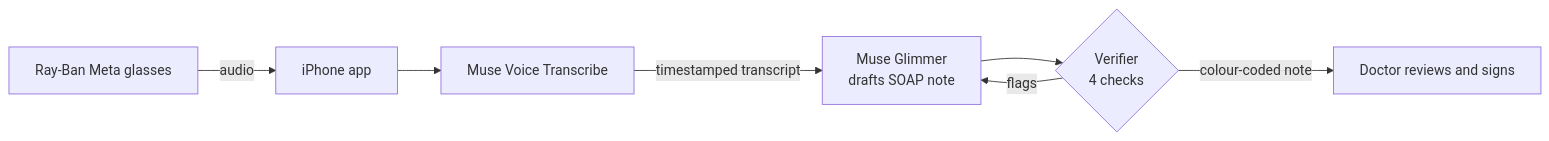
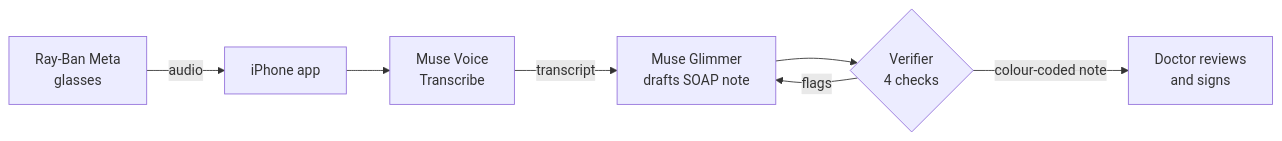
Before and after one commit to dantermz/kora-scribe: the diagram in README.md, drawn with Mermaid. The commit also changed other lines of this file and 2 other files, not shown here.

Commit message:
Add SOAP drafting and four-check verifier; flag doubtful terms with a fixed watchlist

````diff
--- a/README.md
+++ b/README.md
@@ -33,9 +33,9 @@
 ```mermaid
 flowchart LR
-    A[Ray-Ban Meta glasses] -->|audio| B[iPhone app]
-    B --> C[Muse Voice Transcribe]
-    C -->|timestamped transcript| D[Muse Glimmer<br/>drafts SOAP note]
+    A[Ray-Ban Meta<br/>glasses] -->|audio| B[iPhone app]
+    B --> C[Muse Voice<br/>Transcribe]
+    C -->|transcript| D[Muse Glimmer<br/>drafts SOAP note]
     D --> E{Verifier<br/>4 checks}
     E -->|flags| D
-    E -->|colour-coded note| F[Doctor reviews and signs]
+    E -->|colour-coded note| F[Doctor reviews<br/>and signs]
 ```
````
